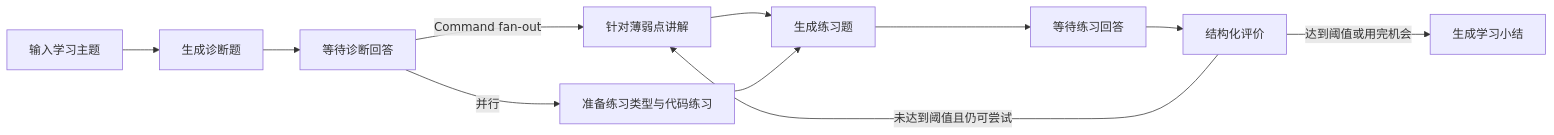
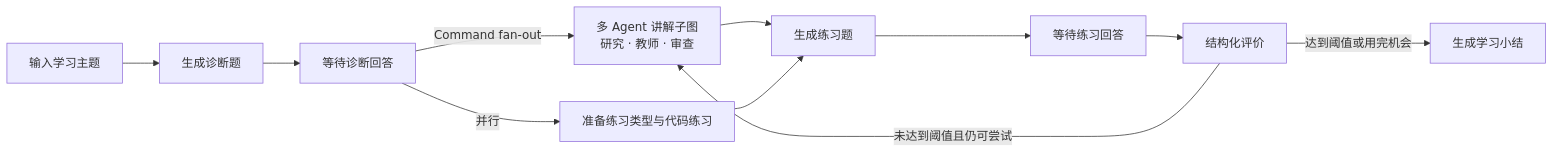
The first of 8 diagrams in README.md (gtfy12345/learning-coach), drawn with Mermaid before and after one commit. The commit also changed other lines of this file and 12 other files, not shown here.

````diff
--- a/README.md
+++ b/README.md
@@ -11,13 +11,13 @@
 ```mermaid
 flowchart LR
     A[输入学习主题] --> B[生成诊断题]
     B --> C[等待诊断回答]
-    C -->|Command fan-out| D[针对薄弱点讲解]
+    C -->|Command fan-out| D[多 Agent 讲解子图<br/>研究 · 教师 · 审查]
     C -->|并行| P[准备练习类型与代码练习]
     D --> Q[生成练习题]
     P --> Q
     Q --> F[等待练习回答]
     F --> G[结构化评价]
     G -->|未达到阈值且仍可尝试| D
     G -->|达到阈值或用完机会| H[生成学习小结]
 ```
````
